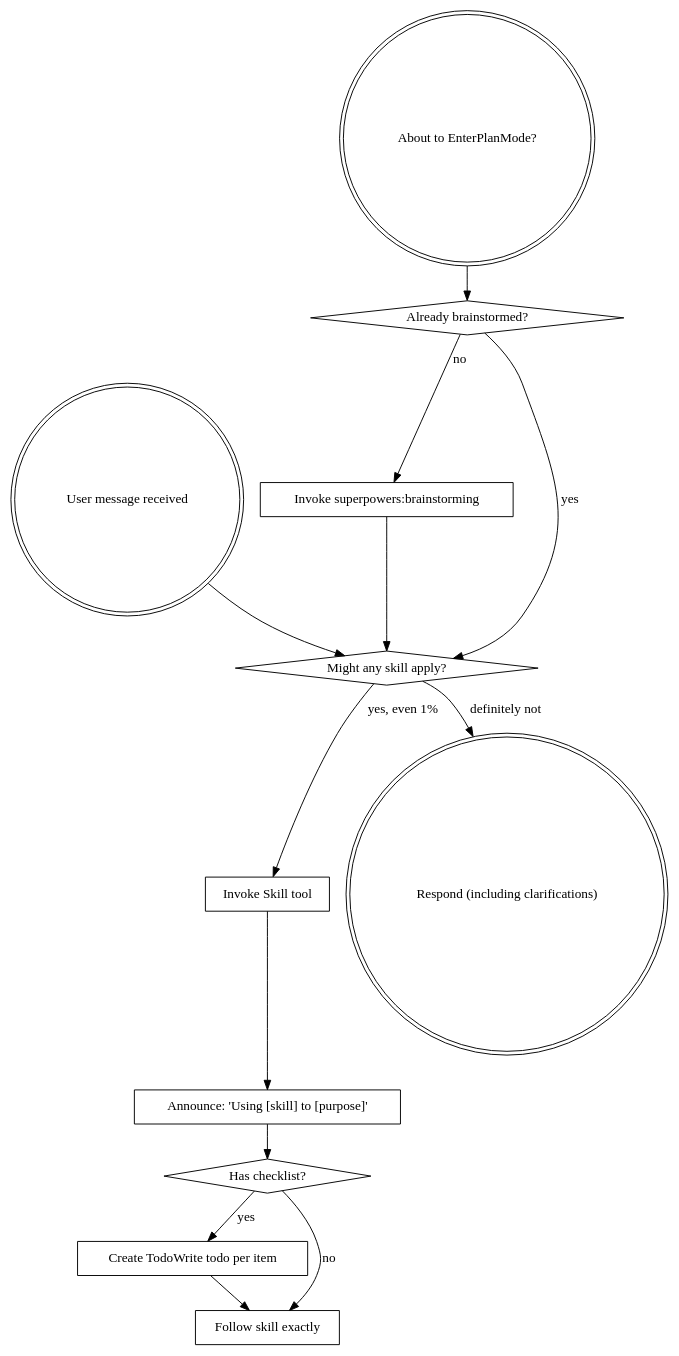
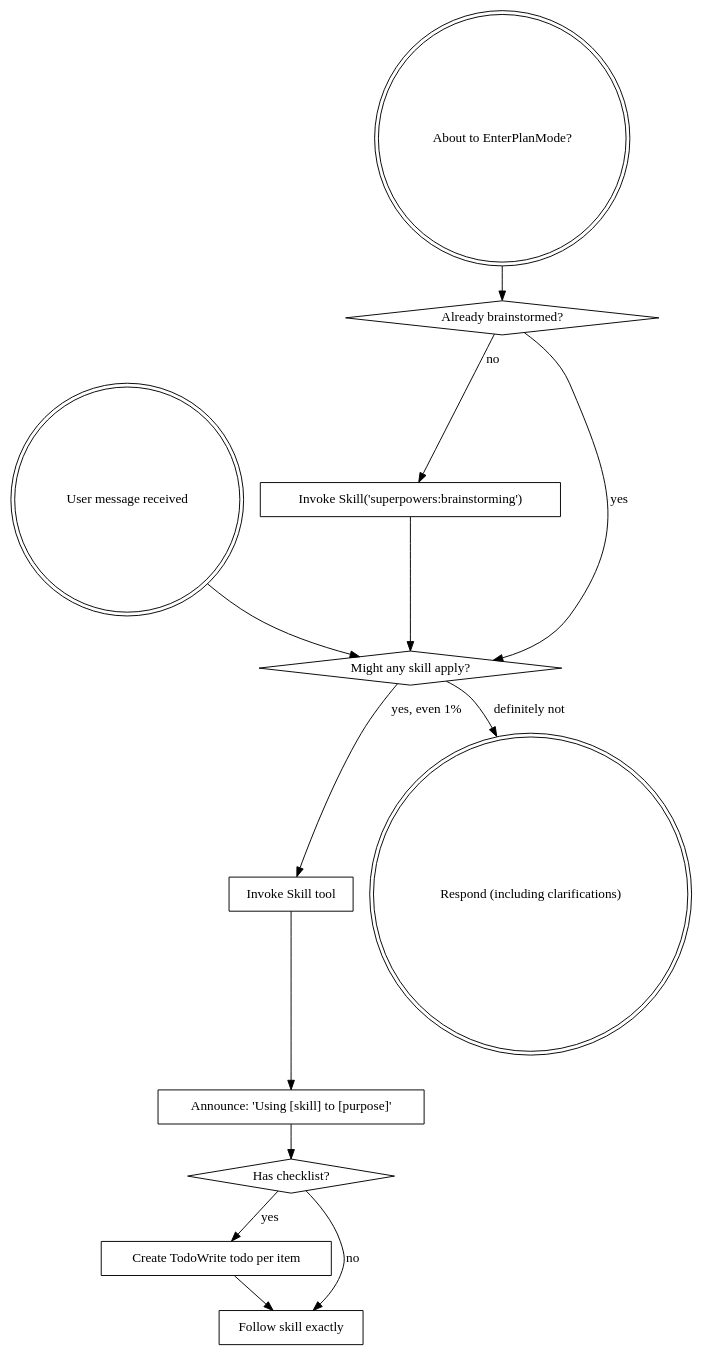
The diagram in skills/using-superpowers/SKILL.md (obra/superpowers), drawn with Graphviz before and after one commit.

Commit message:
fix: use explicit Skill() call syntax in flow diagram labels
Adopts reviewer suggestion from #1047 to use "Invoke Skill('superpowers:brainstorming')"
instead of bare "Invoke superpowers:brainstorming" - directly maps to the actual API
call syntax agents would use.

````diff
--- a/skills/using-superpowers/SKILL.md
+++ b/skills/using-superpowers/SKILL.md
@@ -48,29 +48,29 @@
 ```dot
 digraph skill_flow {
     "User message received" [shape=doublecircle];
     "About to EnterPlanMode?" [shape=doublecircle];
     "Already brainstormed?" [shape=diamond];
-    "Invoke superpowers:brainstorming" [shape=box];
+    "Invoke Skill('superpowers:brainstorming')" [shape=box];
     "Might any skill apply?" [shape=diamond];
     "Invoke Skill tool" [shape=box];
     "Announce: 'Using [skill] to [purpose]'" [shape=box];
     "Has checklist?" [shape=diamond];
     "Create TodoWrite todo per item" [shape=box];
     "Follow skill exactly" [shape=box];
     "Respond (including clarifications)" [shape=doublecircle];
 
     "About to EnterPlanMode?" -> "Already brainstormed?";
-    "Already brainstormed?" -> "Invoke superpowers:brainstorming" [label="no"];
+    "Already brainstormed?" -> "Invoke Skill('superpowers:brainstorming')" [label="no"];
     "Already brainstormed?" -> "Might any skill apply?" [label="yes"];
-    "Invoke superpowers:brainstorming" -> "Might any skill apply?";
+    "Invoke Skill('superpowers:brainstorming')" -> "Might any skill apply?";
 
     "User message received" -> "Might any skill apply?";
     "Might any skill apply?" -> "Invoke Skill tool" [label="yes, even 1%"];
     "Might any skill apply?" -> "Respond (including clarifications)" [label="definitely not"];
     "Invoke Skill tool" -> "Announce: 'Using [skill] to [purpose]'";
     "Announce: 'Using [skill] to [purpose]'" -> "Has checklist?";
     "Has checklist?" -> "Create TodoWrite todo per item" [label="yes"];
     "Has checklist?" -> "Follow skill exactly" [label="no"];
     "Create TodoWrite todo per item" -> "Follow skill exactly";
 }
 ```
````
